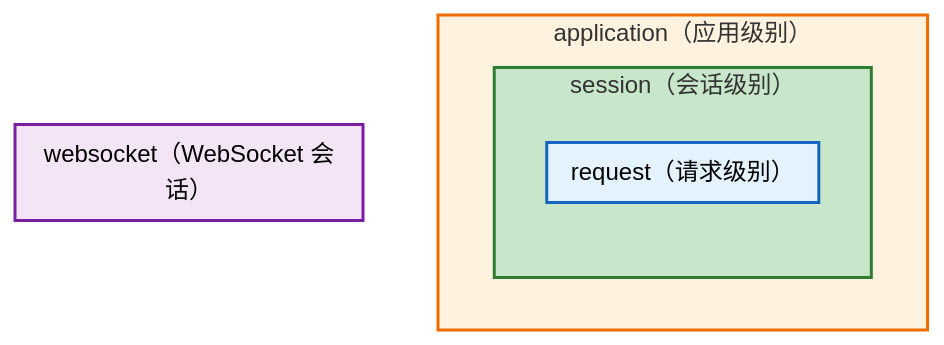
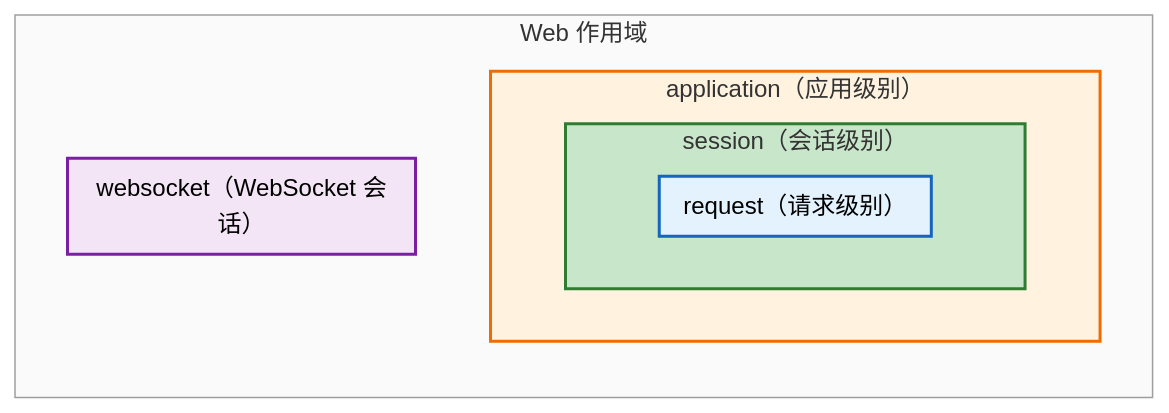
The third of 6 diagrams in Spring Bean 作用域详解.md (watslab/interview_doc), drawn with Mermaid (forest theme) before and after one commit.

Commit message:
更新技术文档 - Spring Bean 作用域详解.md：优化 Web 作用域图表布局

````diff
--- a/Spring Bean 作用域详解.md
+++ b/Spring Bean 作用域详解.md
@@ -81,17 +81,20 @@
 ```mermaid
 flowchart TB
-    subgraph Application["application（应用级别）"]
-        subgraph Session["session（会话级别）"]
-            subgraph Request["request（请求级别）"]
+    subgraph WebScopes["Web 作用域"]
+        direction TB
+        subgraph Application["application（应用级别）"]
+            subgraph Session["session（会话级别）"]
+                subgraph Request["request（请求级别）"]
+                end
             end
+        end
+        subgraph WebSocket["websocket（WebSocket 会话）"]
         end
     end
     
-    subgraph WebSocket["websocket（WebSocket 会话）"]
-    end
-    
+    style WebScopes fill:#fafafa,stroke:#9e9e9e,stroke-width:1px
     style Application fill:#fff3e0,stroke:#ef6c00,stroke-width:2px
     style Session fill:#c8e6c9,stroke:#2e7d32,stroke-width:2px
     style Request fill:#e3f2fd,stroke:#1565c0,stroke-width:2px
     style WebSocket fill:#f3e5f5,stroke:#7b1fa2,stroke-width:2px
 ```
````
